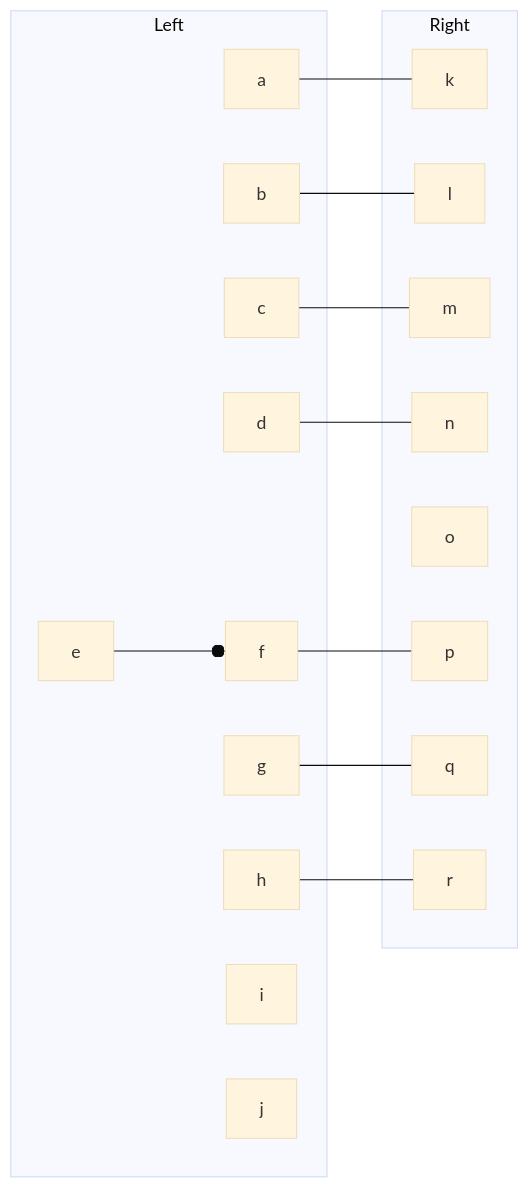
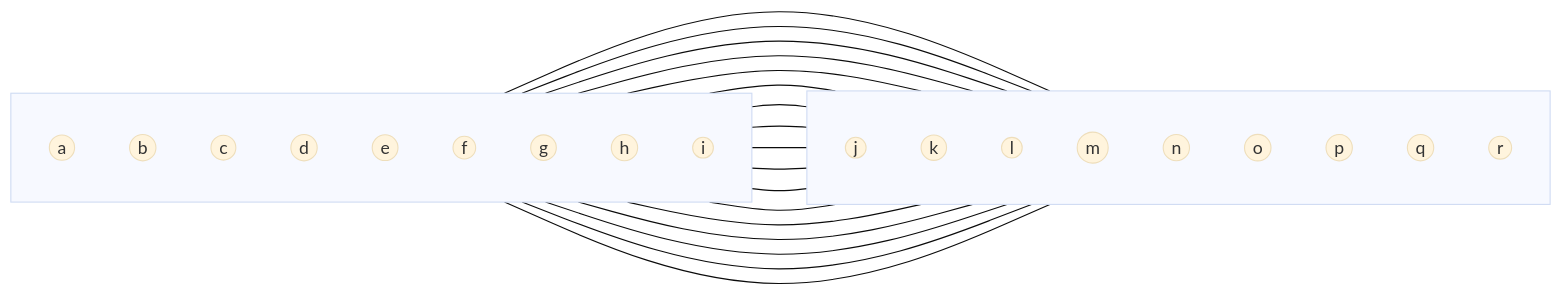
One commit to Arictronic/Testbag changed diagram 12 of 12 in Readme.Md. Above: the diagram before and after it, drawn with Mermaid (base theme). The commit also changed other lines of this file, not shown here.

````diff
--- a/Readme.Md
+++ b/Readme.Md
@@ -416,18 +362,52 @@
 ```mermaid
 graph LR
-subgraph Left
-a;b;c;d;e;f;g;h;i;j
-end
-subgraph Right
-k;l;m;n;o;p;q;r
+subgraph L[ ]
+direction TB
+a((a))
+b((b))
+c((c))
+d((d))
+e((e))
+f((f))
+g((g))
+h((h))
+i((i))
 end
 
-a---k
-b---l
-c---m
-d---n
-e---o
-f---p
-g---q
-h---r
+subgraph R[ ]
+direction TB
+j((j))
+k((k))
+l((l))
+m((m))
+n((n))
+o((o))
+p((p))
+q((q))
+r((r))
+end
+
+a --- j
+a --- k
+a --- n
+
+b --- l
+b --- m
+b --- n
+b --- p
+b --- r
+
+c --- n
+c --- o
+c --- p
+
+d --- q
+
+e --- r
+f --- r
+
+g --- q
+
+h --- r
+i --- r
 ```
````
